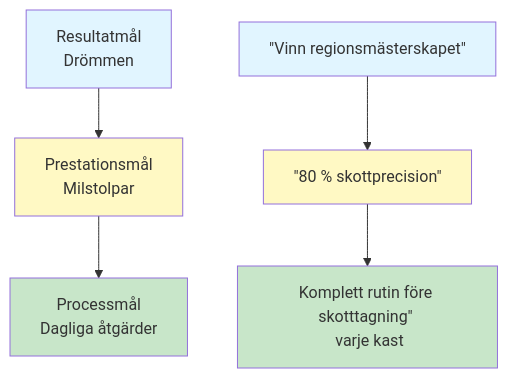
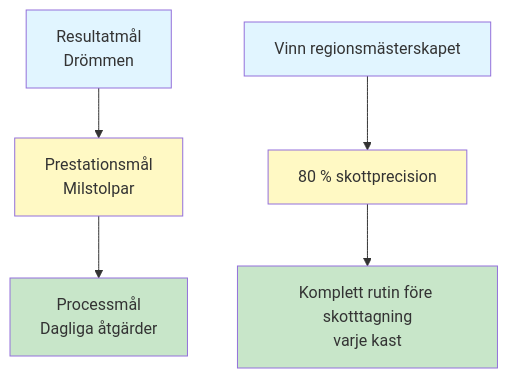
The diagram in docs/sv/education/goals/index.md (patwii/petanque-academy), drawn with Mermaid before and after one commit. The commit also changed 8 other files, not shown here.

````diff
--- a/docs/sv/education/goals/index.md
+++ b/docs/sv/education/goals/index.md
@@ -42,15 +42,15 @@
 ```mermaid
 graph TD
     A[Resultatmål <br/> Drömmen] --> B[Prestationsmål <br/> Milstolpar]
     B --> C[Processmål <br/> Dagliga åtgärder]
 
-    A2[&quot;Vinn regionsmästerskapet&quot;] --> B2[&quot;80 % skottprecision&quot;]
-    B2 --> C2[&quot;Komplett rutin före skotttagning&quot; <br/> varje kast&quot;]
+    A2["Vinn regionsmästerskapet"] --> B2["80 % skottprecision"]
+    B2 --> C2["Komplett rutin före skotttagning<br/>varje kast"]
 
     style A fill:#e1f5ff
     style B fill:#fff9c4
     style C fill:#c8e6c9
     style A2 fill:#e1f5ff
     style B2 fill:#fff9c4
     style C2 fill:#c8e6c9
 ```
````
